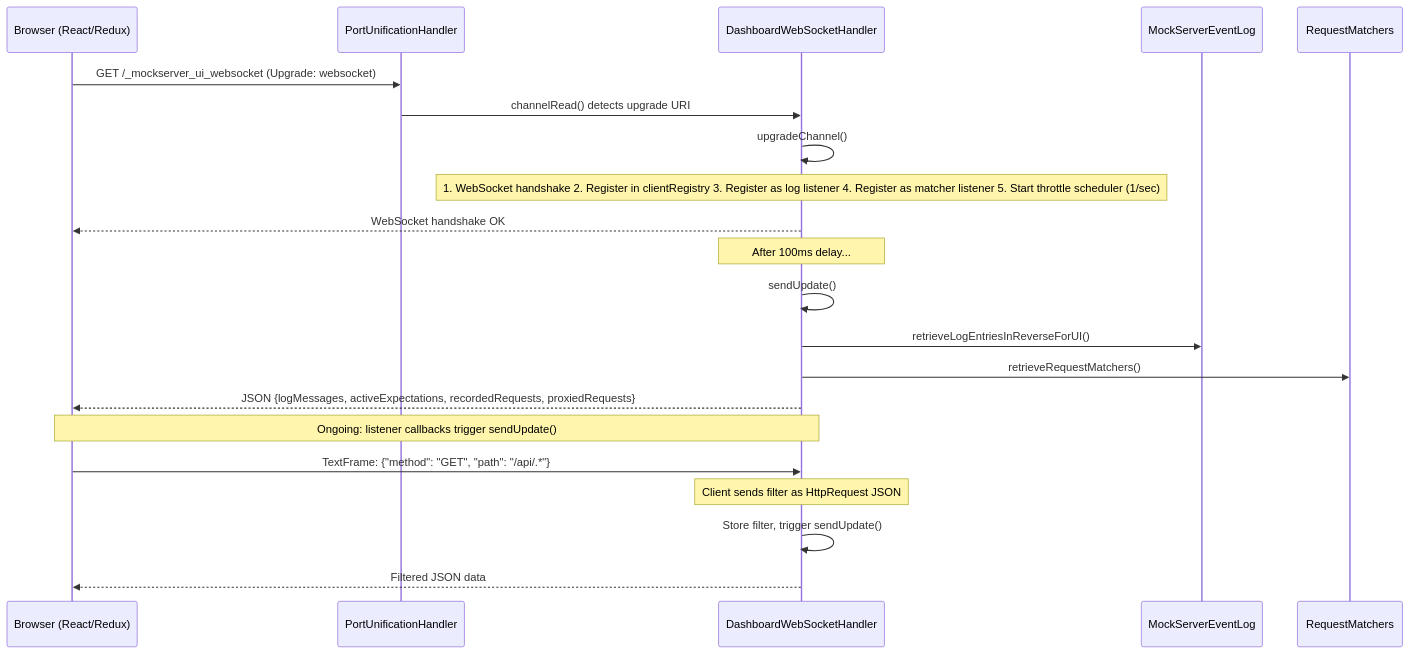
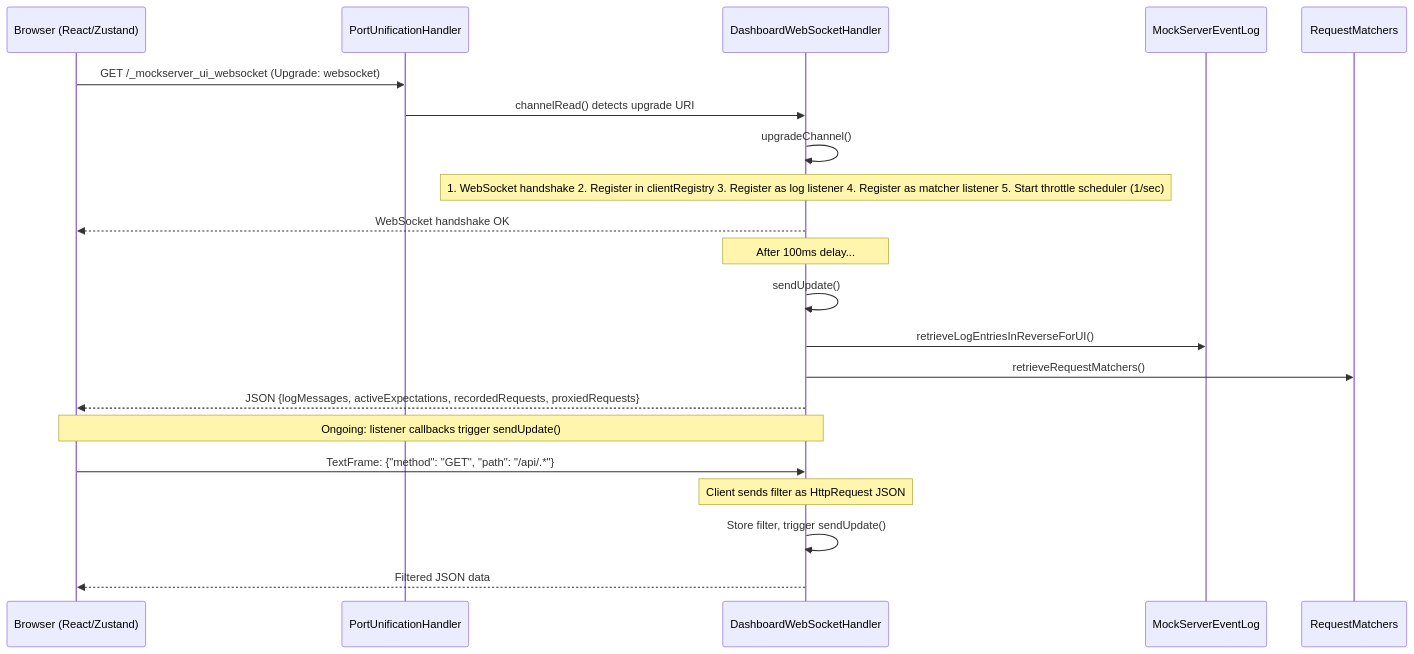
One commit to mock-server/mockserver changed the third of 4 diagrams in docs/code/dashboard-ui.md. Above: the diagram before and after it, drawn with Mermaid. The commit also changed other lines of this file and 18 other files, not shown here.

````diff
--- a/docs/code/dashboard-ui.md
+++ b/docs/code/dashboard-ui.md
@@ -59,29 +57,29 @@
 ```mermaid
 sequenceDiagram
-    participant B as Browser (React/Redux)
+    participant B as Browser (React/Zustand)
     participant PU as PortUnificationHandler
     participant DWSH as DashboardWebSocketHandler
     participant EL as MockServerEventLog
     participant RM as RequestMatchers
 
     B->>PU: GET /_mockserver_ui_websocket (Upgrade: websocket)
     PU->>DWSH: channelRead() detects upgrade URI
 
     DWSH->>DWSH: upgradeChannel()
     Note over DWSH: 1. WebSocket handshake 2. Register in clientRegistry 3. Register as log listener 4. Register as matcher listener 5. Start throttle scheduler (1/sec)
 
     DWSH-->>B: WebSocket handshake OK
 
     Note over DWSH: After 100ms delay...
     DWSH->>DWSH: sendUpdate()
     DWSH->>EL: retrieveLogEntriesInReverseForUI()
     DWSH->>RM: retrieveRequestMatchers()
     DWSH-->>B: JSON {logMessages, activeExpectations, recordedRequests, proxiedRequests}
 
     Note over B,DWSH: Ongoing: listener callbacks trigger sendUpdate()
 
     B->>DWSH: TextFrame: {"method": "GET", "path": "/api/.*"}
     Note over DWSH: Client sends filter as HttpRequest JSON
     DWSH->>DWSH: Store filter, trigger sendUpdate()
     DWSH-->>B: Filtered JSON data
 ```
````
